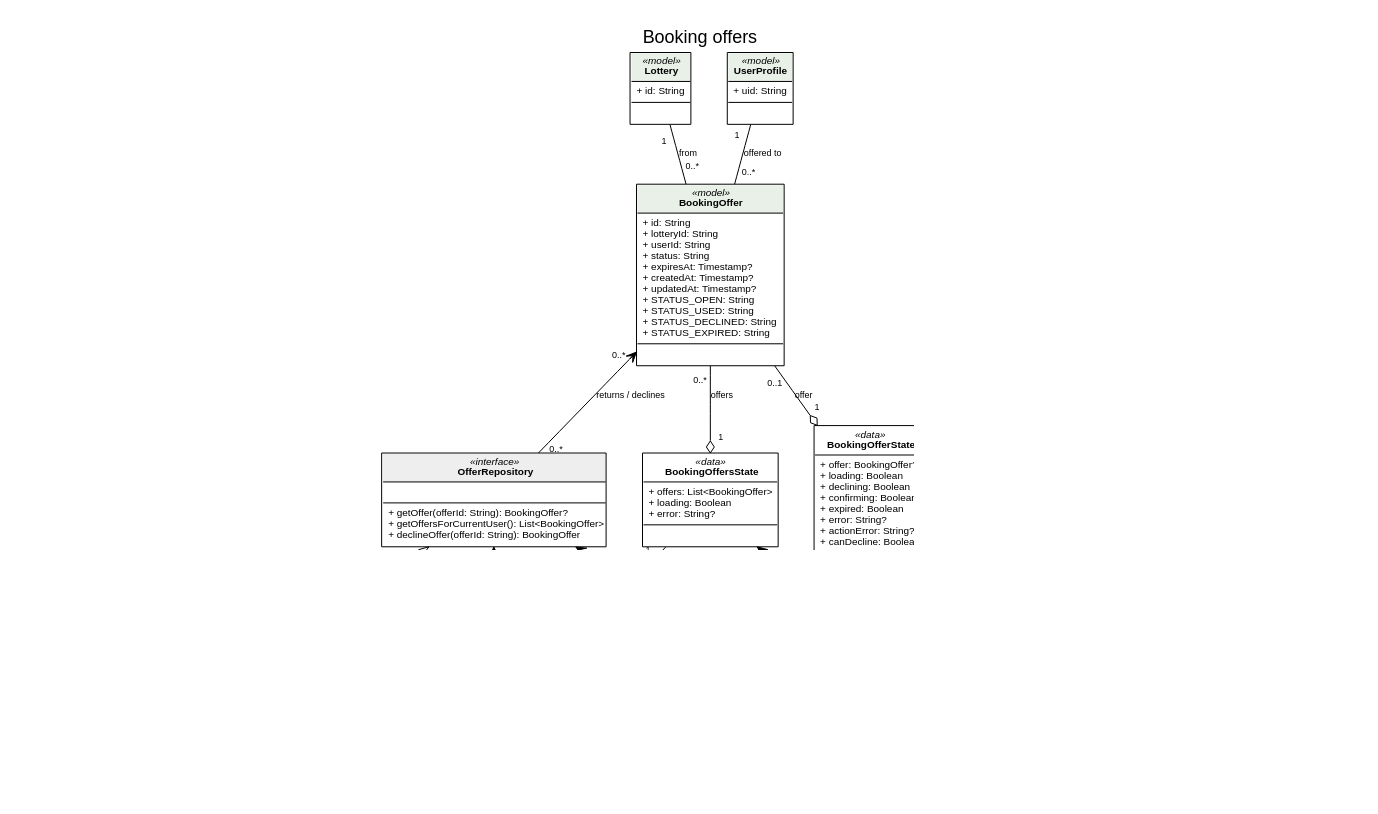
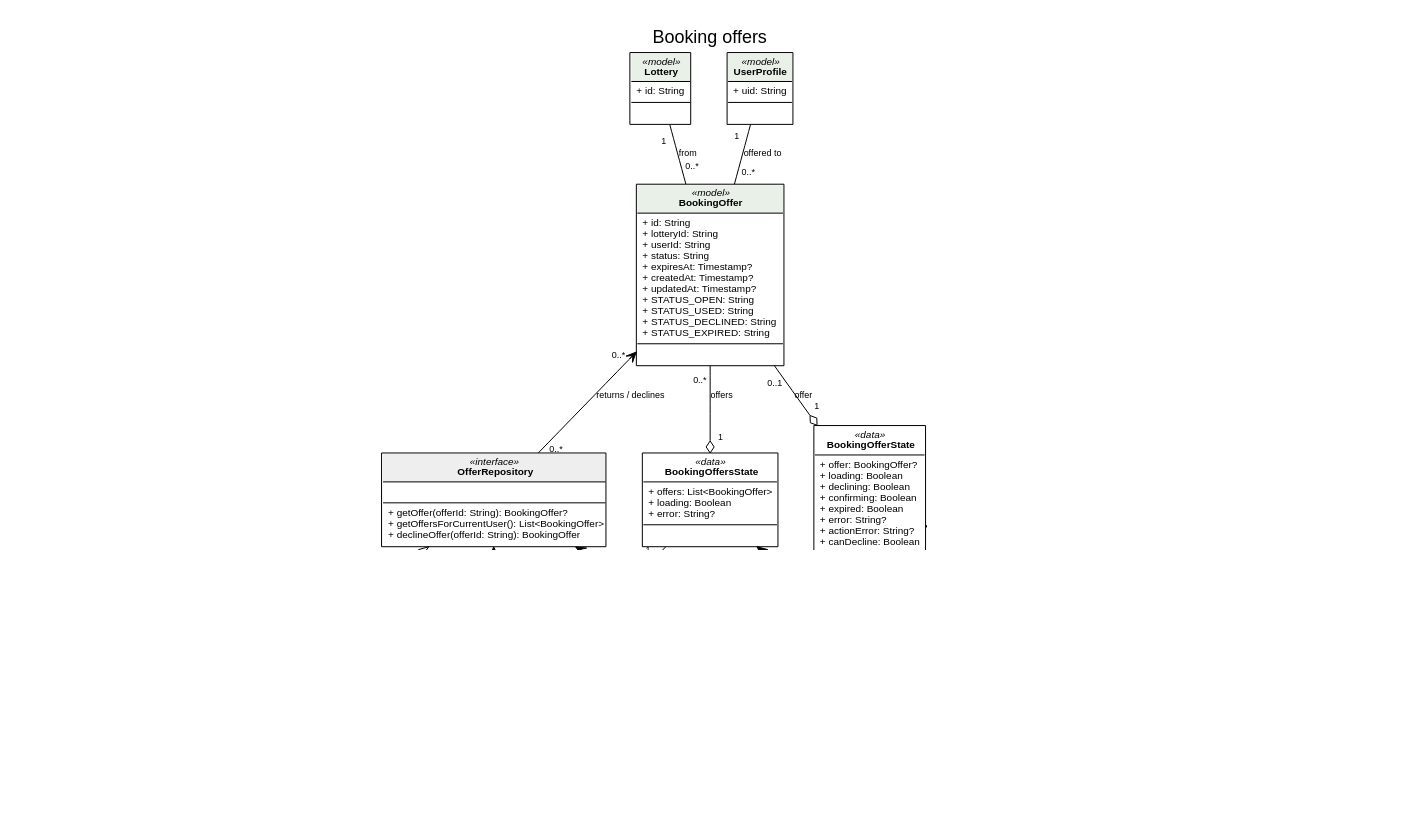
One commit to CMPUT301F26-legion/legion-events changed the diagram in doc/uml/booking_offers.dot. Above: the diagram before and after it, drawn with Graphviz. The commit also changed 24 other files, not shown here.

Commit message:
Update UML and CRC cards for waitlist and notifications

```diff
--- a/doc/uml/booking_offers.dot
+++ b/doc/uml/booking_offers.dot
@@ -1,34 +1,34 @@
 // UML class diagram: booking offers and decline (Person 6)
 // Render with: python3 render.py booking_offers.dot booking_offers.png  (needs Graphviz and Google Chrome)
 digraph G {
   graph [rankdir=BT fontname="Liberation Sans" nodesep=0.5 ranksep=0.7 dpi=110 pad=0.3
          label="Booking offers" labelloc=t fontsize=18];
   node  [shape=plain fontname="Liberation Sans" fontsize=10];
   edge  [fontname="Liberation Sans" fontsize=9 labeldistance=1.8 labelangle=35];
   // Notation: extends (hollow triangle), one-way navigability (open arrow), association (plain line),
   // aggregation (hollow diamond on the owner), composition (filled diamond on the owner).
   // taillabel = source multiplicity, headlabel = target multiplicity. Extends has none.
 
   BookingOffer [label=<<TABLE BORDER="1" CELLBORDER="0" CELLSPACING="0" CELLPADDING="4"><TR><TD BGCOLOR="#e8f0e8"><I>«model»</I><BR/><B>BookingOffer</B></TD></TR><TR><TD ALIGN="LEFT" BALIGN="LEFT" SIDES="T" BORDER="1">+ id: String<BR/>+ lotteryId: String<BR/>+ userId: String<BR/>+ status: String<BR/>+ expiresAt: Timestamp?<BR/>+ createdAt: Timestamp?<BR/>+ updatedAt: Timestamp?<BR/>+ STATUS_OPEN: String<BR/>+ STATUS_USED: String<BR/>+ STATUS_DECLINED: String<BR/>+ STATUS_EXPIRED: String</TD></TR><TR><TD ALIGN="LEFT" BALIGN="LEFT" SIDES="T" BORDER="1"> </TD></TR></TABLE>>];
   Lottery [label=<<TABLE BORDER="1" CELLBORDER="0" CELLSPACING="0" CELLPADDING="4"><TR><TD BGCOLOR="#e8f0e8"><I>«model»</I><BR/><B>Lottery</B></TD></TR><TR><TD ALIGN="LEFT" BALIGN="LEFT" SIDES="T" BORDER="1">+ id: String</TD></TR><TR><TD ALIGN="LEFT" BALIGN="LEFT" SIDES="T" BORDER="1"> </TD></TR></TABLE>>];
   UserProfile [label=<<TABLE BORDER="1" CELLBORDER="0" CELLSPACING="0" CELLPADDING="4"><TR><TD BGCOLOR="#e8f0e8"><I>«model»</I><BR/><B>UserProfile</B></TD></TR><TR><TD ALIGN="LEFT" BALIGN="LEFT" SIDES="T" BORDER="1">+ uid: String</TD></TR><TR><TD ALIGN="LEFT" BALIGN="LEFT" SIDES="T" BORDER="1"> </TD></TR></TABLE>>];
   OfferRepository [label=<<TABLE BORDER="1" CELLBORDER="0" CELLSPACING="0" CELLPADDING="4"><TR><TD BGCOLOR="#eeeeee"><I>«interface»</I><BR/><B>OfferRepository</B></TD></TR><TR><TD ALIGN="LEFT" BALIGN="LEFT" SIDES="T" BORDER="1"> </TD></TR><TR><TD ALIGN="LEFT" BALIGN="LEFT" SIDES="T" BORDER="1">+ getOffer(offerId: String): BookingOffer?<BR/>+ getOffersForCurrentUser(): List&lt;BookingOffer&gt;<BR/>+ declineOffer(offerId: String): BookingOffer</TD></TR></TABLE>>];
   FirebaseOfferRepository [label=<<TABLE BORDER="1" CELLBORDER="0" CELLSPACING="0" CELLPADDING="4"><TR><TD><B>FirebaseOfferRepository</B></TD></TR><TR><TD ALIGN="LEFT" BALIGN="LEFT" SIDES="T" BORDER="1">- auth: FirebaseAuth<BR/>- firestore: FirebaseFirestore<BR/>- now: () -&gt; Timestamp<BR/>- COLLECTION = "offers"</TD></TR><TR><TD ALIGN="LEFT" BALIGN="LEFT" SIDES="T" BORDER="1">+ getOffer(offerId: String): BookingOffer?<BR/>+ getOffersForCurrentUser(): List&lt;BookingOffer&gt;<BR/>+ declineOffer(offerId: String): BookingOffer<BR/>- currentUserId(): String<BR/>- offerDocument(offerId: String): DocumentReference<BR/>- DocumentSnapshot.toOwnedOffer(userId: String): BookingOffer<BR/>- DocumentSnapshot.requiredString(field: String): String<BR/>- DocumentSnapshot.optionalTimestamp(field: String): Timestamp?<BR/>- withOfferAccess(operation): T</TD></TR></TABLE>>];
   BookingOffersController [label=<<TABLE BORDER="1" CELLBORDER="0" CELLSPACING="0" CELLPADDING="4"><TR><TD BGCOLOR="#e8eef8"><I>«controller» ViewModel</I><BR/><B>BookingOffersController</B></TD></TR><TR><TD ALIGN="LEFT" BALIGN="LEFT" SIDES="T" BORDER="1">- repository: OfferRepository<BR/>- mutableState: MutableStateFlow&lt;BookingOffersState&gt;<BR/>+ state: StateFlow&lt;BookingOffersState&gt;<BR/>- request: Job?</TD></TR><TR><TD ALIGN="LEFT" BALIGN="LEFT" SIDES="T" BORDER="1">+ retry()</TD></TR></TABLE>>];
   BookingOffersState [label=<<TABLE BORDER="1" CELLBORDER="0" CELLSPACING="0" CELLPADDING="4"><TR><TD><I>«data»</I><BR/><B>BookingOffersState</B></TD></TR><TR><TD ALIGN="LEFT" BALIGN="LEFT" SIDES="T" BORDER="1">+ offers: List&lt;BookingOffer&gt;<BR/>+ loading: Boolean<BR/>+ error: String?</TD></TR><TR><TD ALIGN="LEFT" BALIGN="LEFT" SIDES="T" BORDER="1"> </TD></TR></TABLE>>];
   BookingOfferController [label=<<TABLE BORDER="1" CELLBORDER="0" CELLSPACING="0" CELLPADDING="4"><TR><TD BGCOLOR="#e8eef8"><I>«controller» ViewModel</I><BR/><B>BookingOfferController</B></TD></TR><TR><TD ALIGN="LEFT" BALIGN="LEFT" SIDES="T" BORDER="1">- offerId: String<BR/>- repository: OfferRepository<BR/>- now: () -&gt; Timestamp<BR/>- mutableState: MutableStateFlow&lt;BookingOfferState&gt;<BR/>+ state: StateFlow&lt;BookingOfferState&gt;<BR/>- request: Job?</TD></TR><TR><TD ALIGN="LEFT" BALIGN="LEFT" SIDES="T" BORDER="1">+ retry()<BR/>+ requestDecline()<BR/>+ cancelDecline()<BR/>+ confirmDecline()<BR/>- isExpired(offer: BookingOffer?): Boolean<BR/>- expireBeforeAction(): Boolean</TD></TR></TABLE>>];
   BookingOfferState [label=<<TABLE BORDER="1" CELLBORDER="0" CELLSPACING="0" CELLPADDING="4"><TR><TD><I>«data»</I><BR/><B>BookingOfferState</B></TD></TR><TR><TD ALIGN="LEFT" BALIGN="LEFT" SIDES="T" BORDER="1">+ offer: BookingOffer?<BR/>+ loading: Boolean<BR/>+ declining: Boolean<BR/>+ confirming: Boolean<BR/>+ expired: Boolean<BR/>+ error: String?<BR/>+ actionError: String?<BR/>+ canDecline: Boolean</TD></TR><TR><TD ALIGN="LEFT" BALIGN="LEFT" SIDES="T" BORDER="1"> </TD></TR></TABLE>>];
-  Views [label=<<TABLE BORDER="1" CELLBORDER="0" CELLSPACING="0" CELLPADDING="4"><TR><TD BGCOLOR="#f8f0e0"><I>«view» composables</I><BR/><B>Offer screens</B></TD></TR><TR><TD ALIGN="LEFT" BALIGN="LEFT" SIDES="T" BORDER="1"> </TD></TR><TR><TD ALIGN="LEFT" BALIGN="LEFT" SIDES="T" BORDER="1">+ LotteriesScreen(onOffers)<BR/>+ BookingOffersScreen(state, onBack, onRetry, onOpen)<BR/>+ BookingOfferScreen(state, onBack, onRetry, onDecline, onConfirmDecline, onCancelDecline)</TD></TR></TABLE>>];
+  Views [label=<<TABLE BORDER="1" CELLBORDER="0" CELLSPACING="0" CELLPADDING="4"><TR><TD BGCOLOR="#f8f0e0"><I>«view» composables</I><BR/><B>Offer screens</B></TD></TR><TR><TD ALIGN="LEFT" BALIGN="LEFT" SIDES="T" BORDER="1"> </TD></TR><TR><TD ALIGN="LEFT" BALIGN="LEFT" SIDES="T" BORDER="1">+ LotteriesScreen(entries, canLeave, onLeave, onCancelLeave, onConfirmLeave, onRetry, onOffers)<BR/>+ BookingOffersScreen(state, onBack, onRetry, onOpen)<BR/>+ BookingOfferScreen(state, onBack, onRetry, onDecline, onConfirmDecline, onCancelDecline)</TD></TR></TABLE>>];
   FirebaseOfferRepository -> OfferRepository [arrowhead=onormal];
   OfferRepository -> BookingOffer [arrowhead=vee label="returns / declines" taillabel="0..*" headlabel="0..*"];
   BookingOffer -> Lottery [arrowhead=none label="from" taillabel="0..*" headlabel="1"];
   BookingOffer -> UserProfile [arrowhead=none label="offered to" taillabel="0..*" headlabel="1"];
   BookingOffersController -> OfferRepository [arrowhead=vee label="uses" taillabel="0..*" headlabel="1"];
   BookingOffersController -> BookingOffersState [dir=back arrowtail=diamond label="exposes" taillabel="1" headlabel="1"];
   BookingOffersState -> BookingOffer [dir=back arrowtail=odiamond label="offers" taillabel="1" headlabel="0..*"];
   BookingOfferController -> OfferRepository [arrowhead=vee label="uses" taillabel="0..*" headlabel="1"];
   BookingOfferController -> BookingOfferState [dir=back arrowtail=diamond label="exposes" taillabel="1" headlabel="1"];
   BookingOfferState -> BookingOffer [dir=back arrowtail=odiamond label="offer" taillabel="1" headlabel="0..1"];
   Views -> BookingOffersState [arrowhead=vee label="renders" taillabel="0..*" headlabel="1"];
   Views -> BookingOfferState [arrowhead=vee label="renders" taillabel="0..*" headlabel="1"];
 }
```
